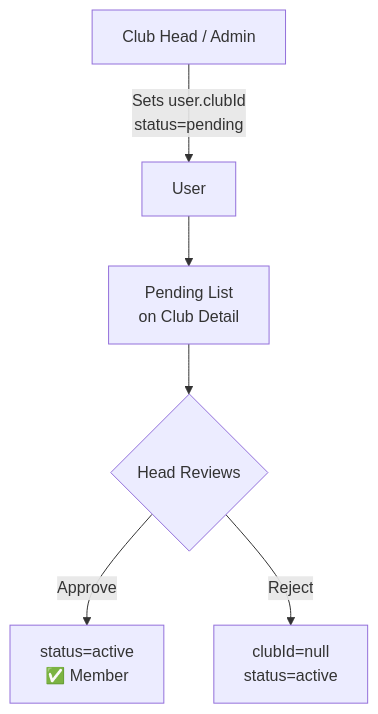
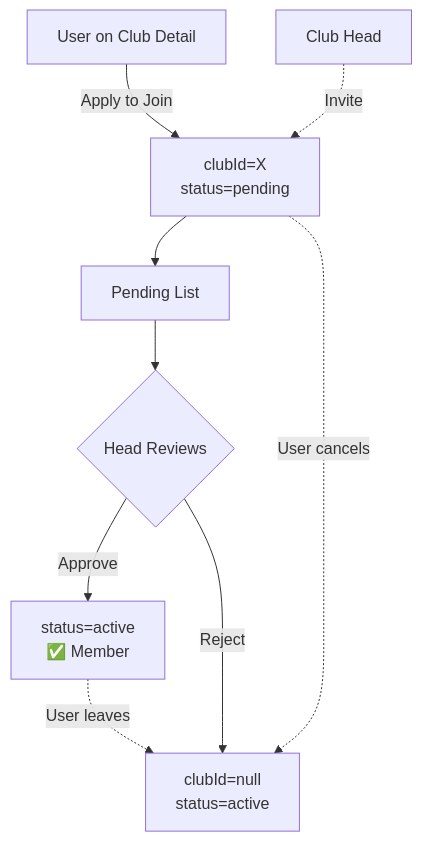
Before and after one commit to sibusiso90/graphs: the fifth of 9 diagrams in WORKFLOW.md, drawn with Mermaid. The commit also changed other lines of this file, not shown here.

````diff
--- a/WORKFLOW.md
+++ b/WORKFLOW.md
@@ -58,8 +58,11 @@
 ```mermaid
 flowchart TD
-    H[Club Head / Admin] -->|Sets user.clubId<br/>status=pending| U[User]
-    U --> P[Pending List<br/>on Club Detail]
-    P --> A{Head Reviews}
-    A -->|Approve| AC[status=active<br/>✅ Member]
-    A -->|Reject| RJ[clubId=null<br/>status=active]
+    U[User on Club Detail] -->|Apply to Join| AP[clubId=X<br/>status=pending]
+    H[Club Head] -.Invite.-> AP
+    AP --> P[Pending List]
+    P --> R{Head Reviews}
+    R -->|Approve| AC[status=active<br/>✅ Member]
+    R -->|Reject| RJ[clubId=null<br/>status=active]
+    AP -.User cancels.-> RJ
+    AC -.User leaves.-> RJ
 ```
````
